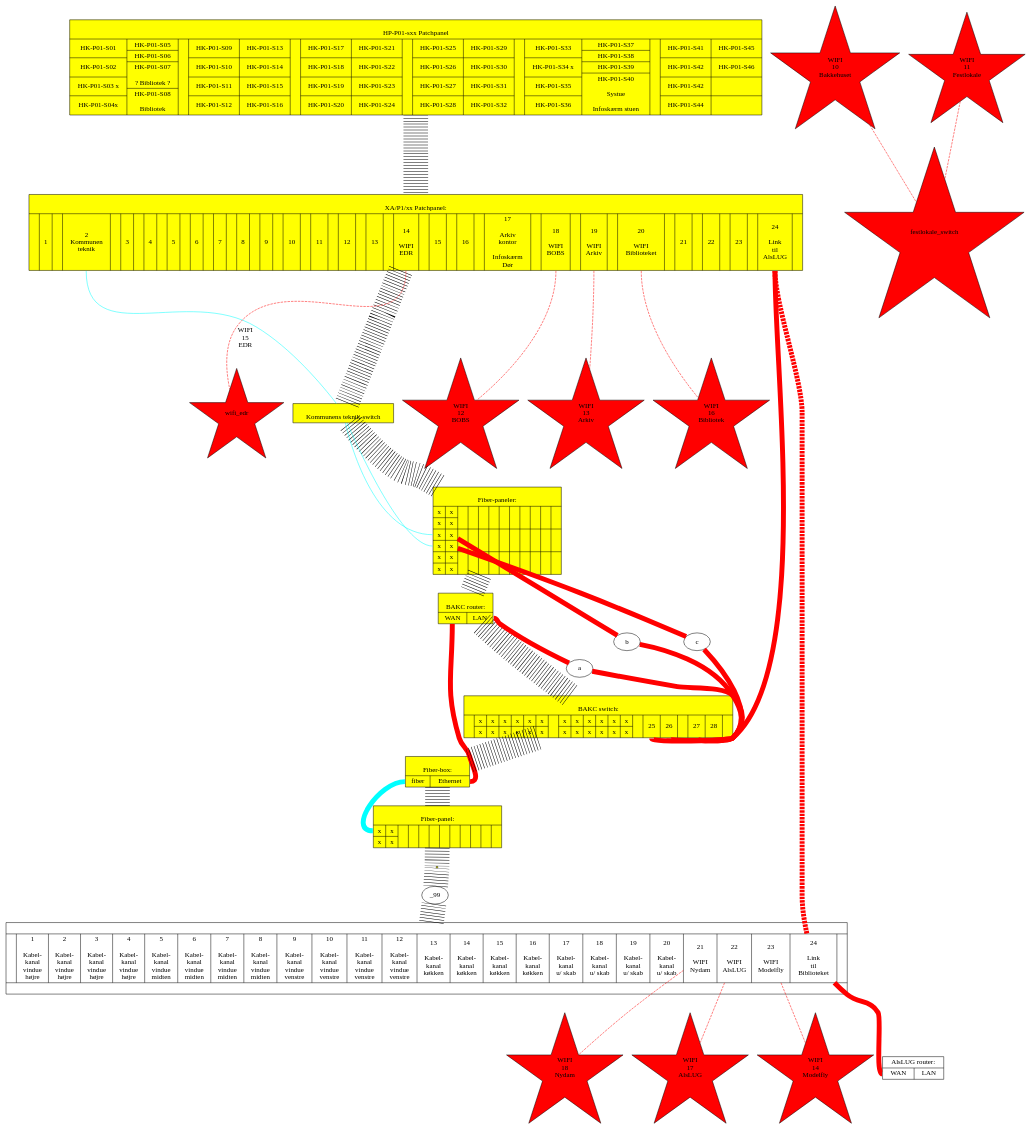
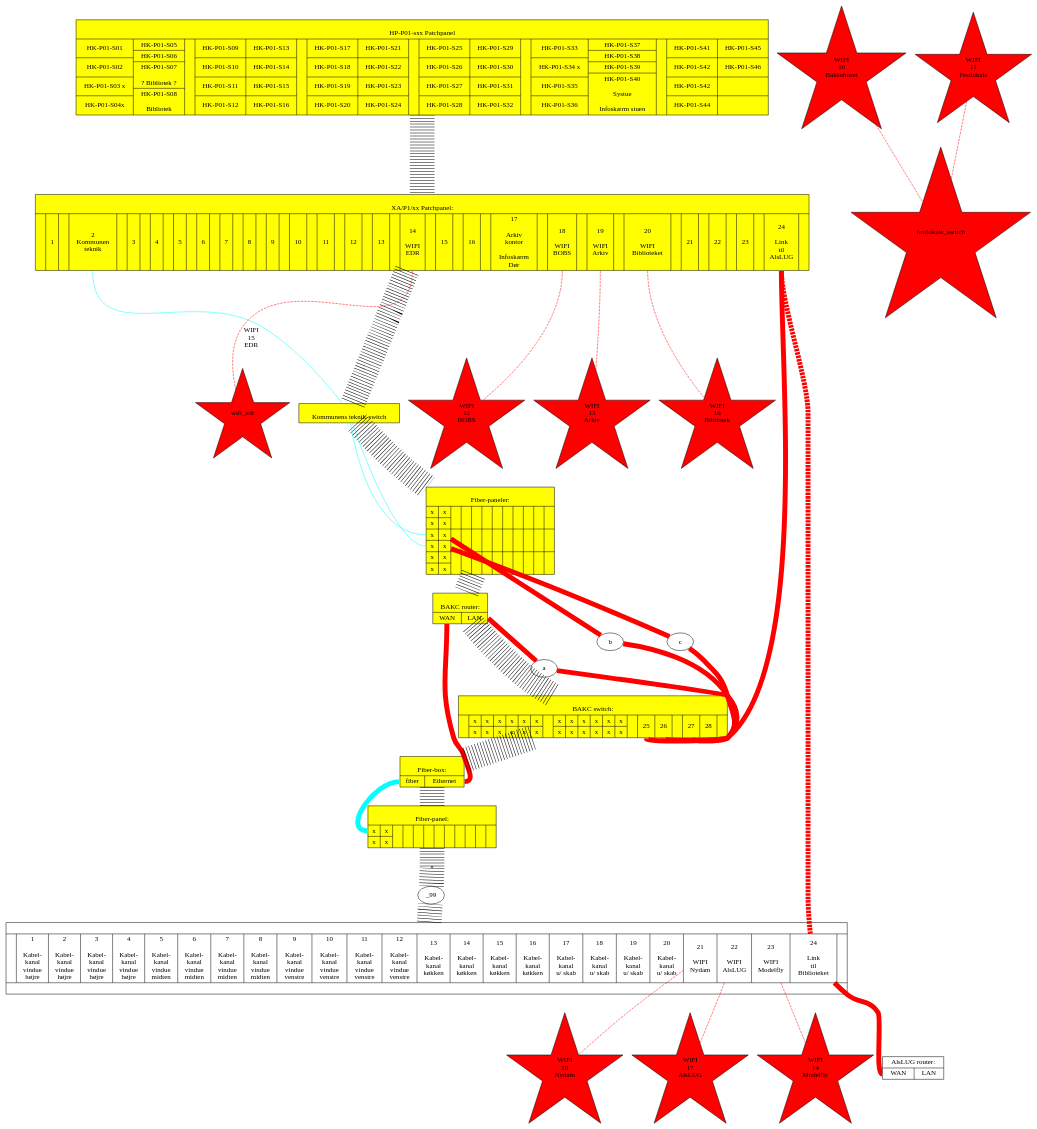
Before and after one commit to alslug/alslug.dk: the diagram in projekter/patch-paneler.dot, drawn with Graphviz.

```diff
--- a/projekter/patch-paneler.dot
+++ b/projekter/patch-paneler.dot
@@ -239,9 +239,9 @@
     alslug_patch:21 -> wifi_nydam;    wifi_nydam      [ label="WIFI\n18\nNydam"      ];
   }
 
-  bib_switch:25 -> xa_p1:24                                       [ color=red penwidth=10 ];
-                   xa_p1:24-> alslug_patch:24                     [ color=red penwidth=10 style=dashed ];
-                              alslug_patch:24-> alslug_router:wan [ color=red penwidth=10 ];
+  xa_p1:24 -> bib_switch:25                       [ color=red penwidth=10 ];
+  xa_p1:24 -> alslug_patch:24                     [ color=red penwidth=10 style=dashed ];
+              alslug_patch:24-> alslug_router:wan [ color=red penwidth=10 ];
   
   bib_skab -> _99 -> alslug_patch [ penwidth=50 style=dotted ];
 }
```
